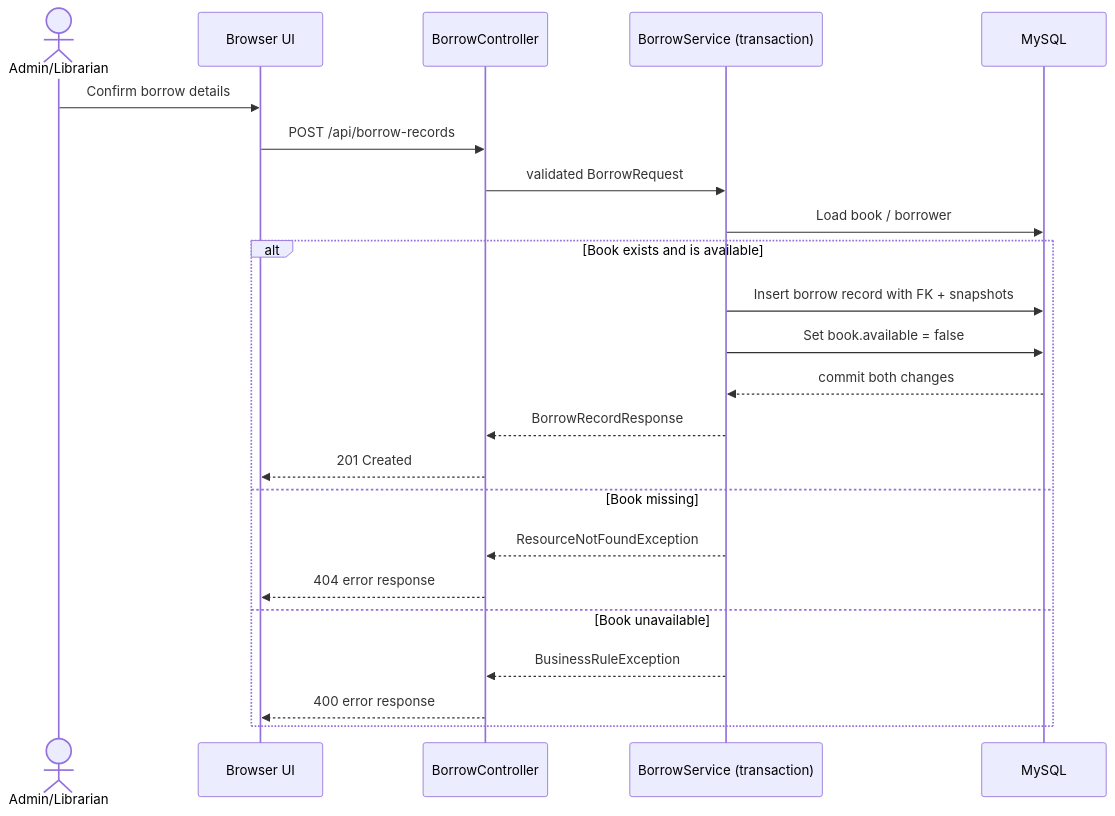
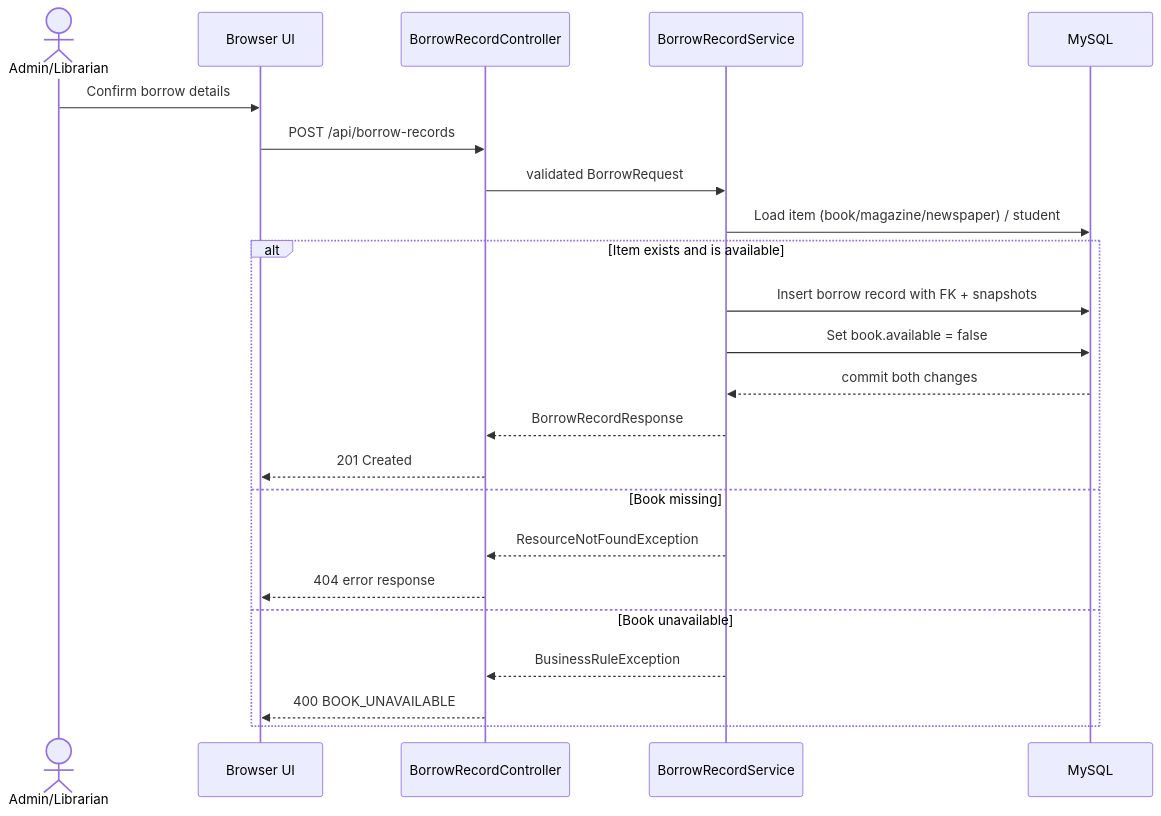
One commit to prathamkashyap/libris changed the third of 4 diagrams in docs/ARCHITECTURE.md. Above: the diagram before and after it, drawn with Mermaid. The commit also changed other lines of this file and 12 other files, not shown here.

````diff
--- a/docs/ARCHITECTURE.md
+++ b/docs/ARCHITECTURE.md
@@ -657,26 +144,26 @@
 ```mermaid
 sequenceDiagram
     actor Staff as Admin/Librarian
     participant UI as Browser UI
-    participant API as BorrowController
-    participant SVC as BorrowService (transaction)
+    participant API as BorrowRecordController
+    participant SVC as BorrowRecordService
     participant DB as MySQL
 
     Staff->>UI: Confirm borrow details
     UI->>API: POST /api/borrow-records
     API->>SVC: validated BorrowRequest
-    SVC->>DB: Load book / borrower
-    alt Book exists and is available
+    SVC->>DB: Load item (book/magazine/newspaper) / student
+    alt Item exists and is available
         SVC->>DB: Insert borrow record with FK + snapshots
         SVC->>DB: Set book.available = false
         DB-->>SVC: commit both changes
         SVC-->>API: BorrowRecordResponse
         API-->>UI: 201 Created
     else Book missing
         SVC-->>API: ResourceNotFoundException
         API-->>UI: 404 error response
     else Book unavailable
         SVC-->>API: BusinessRuleException
-        API-->>UI: 400 error response
+        API-->>UI: 400 BOOK_UNAVAILABLE
     end
 ```
````
